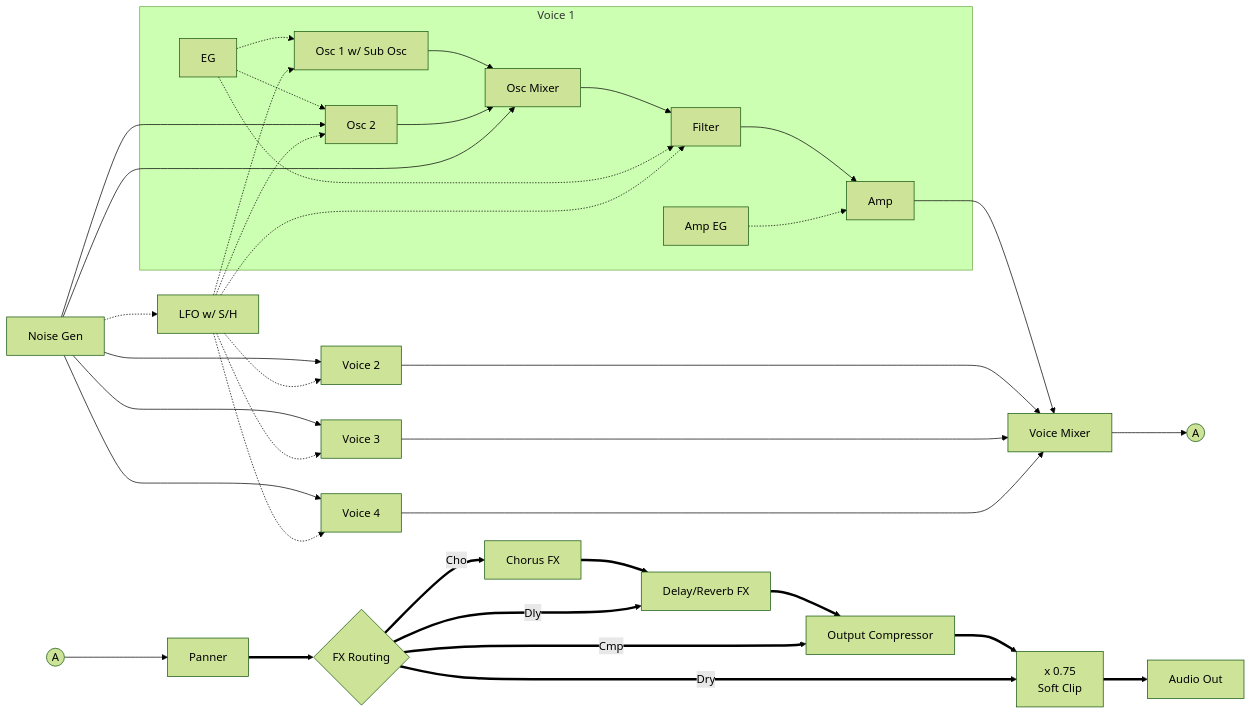
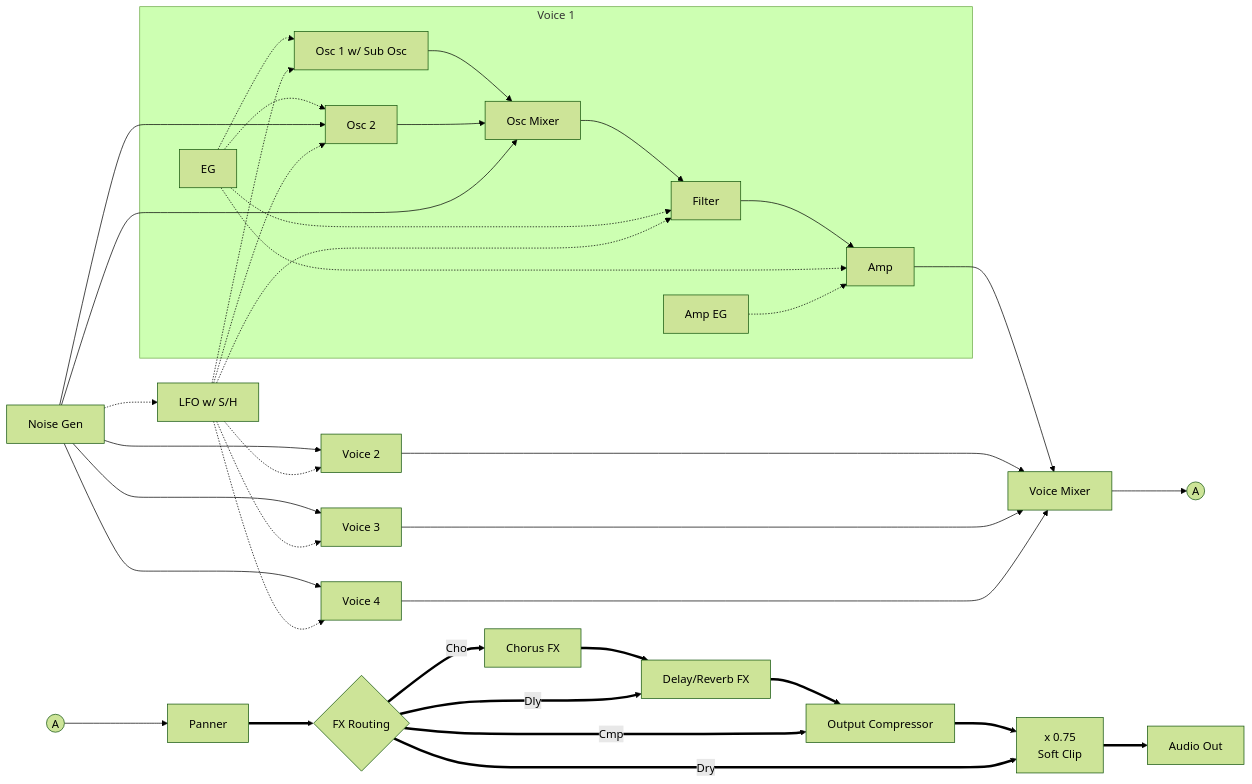
One commit to risgk/digital-synth-pra32-u2 changed the diagram in README.md. Above: the diagram before and after it, drawn with Mermaid (forest theme).

Commit message:
README: The EG to the Amp in the diagram

````diff
--- a/README.md
+++ b/README.md
@@ -54,22 +54,22 @@
 ```mermaid
 graph LR
     subgraph V1[Voice 1]
         V1O1[Osc 1 w/ Sub Osc] --> V1OM[Osc Mixer]
         V1O2[Osc 2] --> V1OM
         V1OM --> V1F[Filter]
         V1F --> V1A[Amp]
-        E[EG] -.-> V1O1 & V1O2 & V1F
+        E[EG] -.-> V1O1 & V1O2 & V1F & V1A
         V1AE[Amp EG] -.-> V1A
     end
     V1A --> VM[Voice Mixer]
     V2[Voice 2] & V3[Voice 3] & V4[Voice 4] --> VM
     N[Noise Gen]  --> V1O2 & V1OM & V2 & V3 & V4
     N -.-> L[LFO w/ S/H]
     L -.-> V1O1 & V1O2 & V1F & V2 & V3 & V4
     VM --> J1((A))
     J2((A)) --> P[Panner] ==> FR{FX Routing}
     FR ==>|Cho| C[Chorus FX] ==> D[Delay/Reverb FX] ==> OC[Output Compressor] ==> OG["x 0.75<br/>Soft Clip"] ==> AO[Audio Out]
     FR ==>|Dly| D
     FR ==>|Cmp| OC
     FR ==>|Dry| OG
 ```
````
